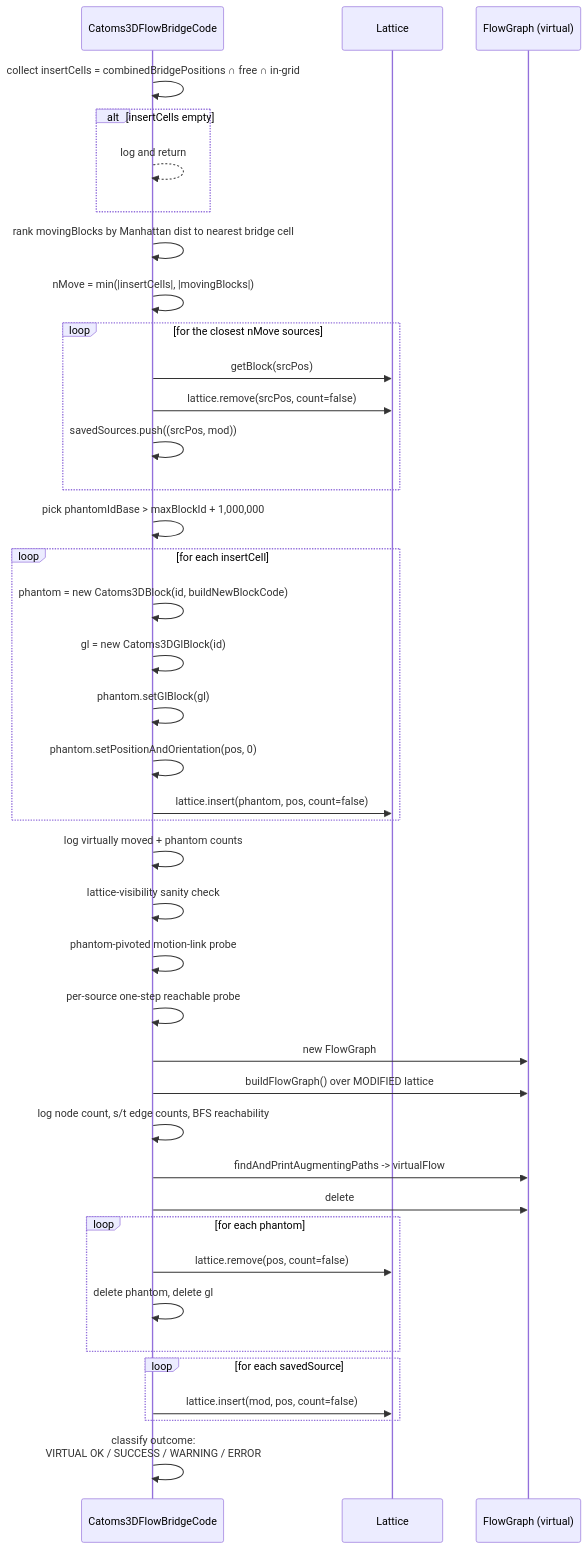
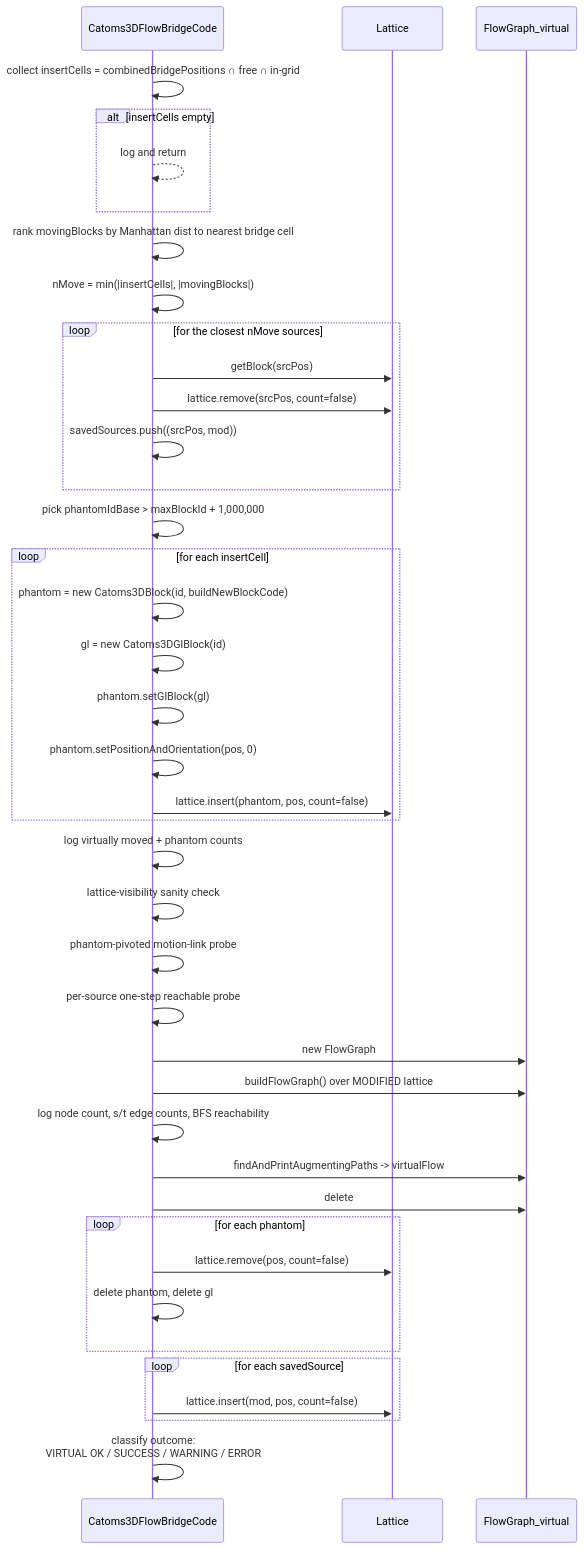
The fourth of 12 diagrams in docs/flowBridgeFinal/TECHNICAL.md (ajsaliba/VisibleSim), drawn with Mermaid before and after one commit. The commit also changed other lines of this file and 1 other file, not shown here.

Commit message:
fix: adjust rendering errors in docs/flowBridgeFinal/SCIENTIFIC.md and docs/flowBridgeFinal/TECHNICAL.md

````diff
--- a/docs/flowBridgeFinal/TECHNICAL.md
+++ b/docs/flowBridgeFinal/TECHNICAL.md
@@ -641,50 +641,50 @@
 ```mermaid
 sequenceDiagram
     participant Code as Catoms3DFlowBridgeCode
     participant Lat as Lattice
-    participant FG as FlowGraph (virtual)
+    participant FG as FlowGraph_virtual
 
     Code->>Code: collect insertCells = combinedBridgePositions ∩ free ∩ in-grid
     alt insertCells empty
         Code-->>Code: log and return
     end
 
     Code->>Code: rank movingBlocks by Manhattan dist to nearest bridge cell
     Code->>Code: nMove = min(|insertCells|, |movingBlocks|)
     loop for the closest nMove sources
         Code->>Lat: getBlock(srcPos)
         Code->>Lat: lattice.remove(srcPos, count=false)
         Code->>Code: savedSources.push((srcPos, mod))
     end
 
     Code->>Code: pick phantomIdBase > maxBlockId + 1,000,000
     loop for each insertCell
         Code->>Code: phantom = new Catoms3DBlock(id, buildNewBlockCode)
         Code->>Code: gl = new Catoms3DGlBlock(id)
         Code->>Code: phantom.setGlBlock(gl)
         Code->>Code: phantom.setPositionAndOrientation(pos, 0)
         Code->>Lat: lattice.insert(phantom, pos, count=false)
     end
     Code->>Code: log virtually moved + phantom counts
 
     Code->>Code: lattice-visibility sanity check
     Code->>Code: phantom-pivoted motion-link probe
     Code->>Code: per-source one-step reachable probe
 
     Code->>FG: new FlowGraph
     Code->>FG: buildFlowGraph() over MODIFIED lattice
     Code->>Code: log node count, s/t edge counts, BFS reachability
     Code->>FG: findAndPrintAugmentingPaths -> virtualFlow
 
     Code->>FG: delete
 
     loop for each phantom
         Code->>Lat: lattice.remove(pos, count=false)
         Code->>Code: delete phantom, delete gl
     end
     loop for each savedSource
         Code->>Lat: lattice.insert(mod, pos, count=false)
     end
 
     Code->>Code: classify outcome:<br/>VIRTUAL OK / SUCCESS / WARNING / ERROR
 ```
````
